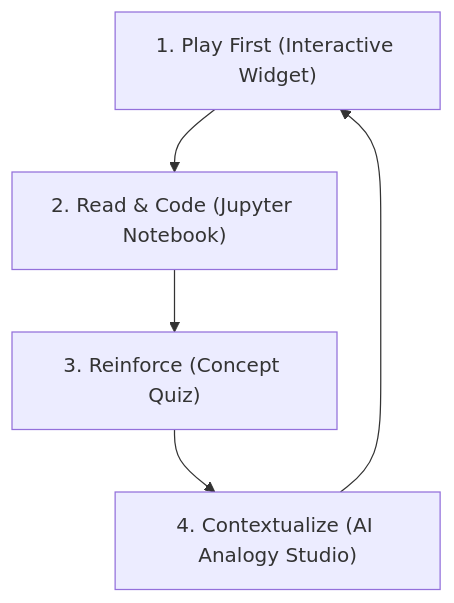
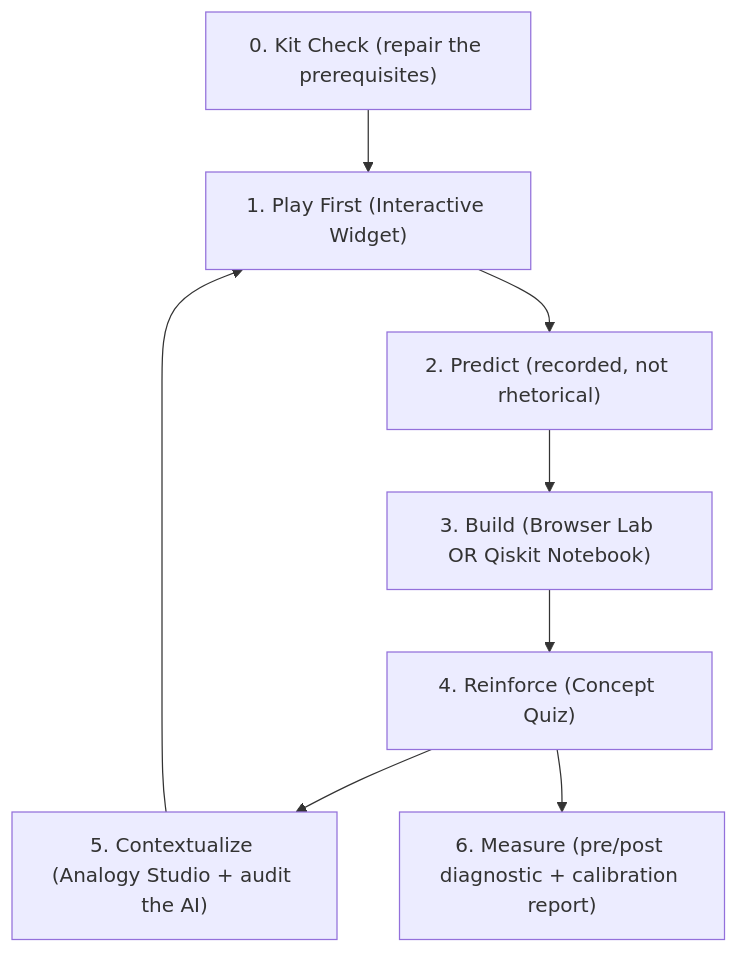
One commit to sahgyan9/quantum-ascent changed the diagram in docs/methodology.md. Above: the diagram before and after it, drawn with Mermaid. The commit also changed other lines of this file and 1 other file, not shown here.

````diff
--- a/docs/methodology.md
+++ b/docs/methodology.md
@@ -9,7 +9,10 @@
 ```mermaid
 graph TD
-    A["1. Play First (Interactive Widget)"] --> B["2. Read & Code (Jupyter Notebook)"]
-    B --> C["3. Reinforce (Concept Quiz)"]
-    C --> D["4. Contextualize (AI Analogy Studio)"]
+    K["0. Kit Check (repair the prerequisites)"] --> A
+    A["1. Play First (Interactive Widget)"] --> P["2. Predict (recorded, not rhetorical)"]
+    P --> B["3. Build (Browser Lab OR Qiskit Notebook)"]
+    B --> C["4. Reinforce (Concept Quiz)"]
+    C --> D["5. Contextualize (Analogy Studio + audit the AI)"]
     D --> A
+    C --> E["6. Measure (pre/post diagnostic + calibration report)"]
 ```
````
